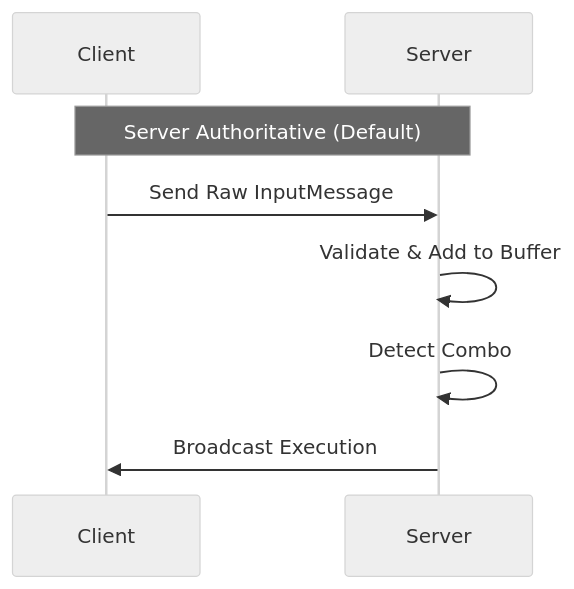
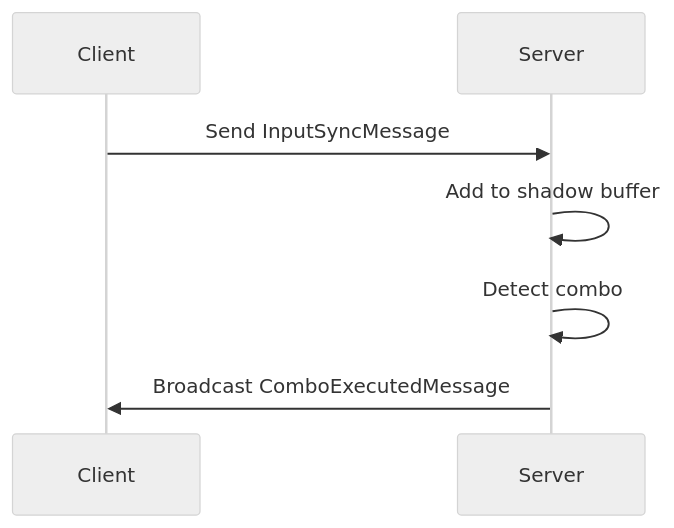
One commit to eraflo/Catalyst changed the fourth of 4 diagrams in Documentation~/Modules/InputSystem.md. Above: the diagram before and after it, drawn with Mermaid (neutral theme). The commit also changed other lines of this file, not shown here.

Commit message:
doc: update input system doc

````diff
--- a/Documentation~/Modules/InputSystem.md
+++ b/Documentation~/Modules/InputSystem.md
@@ -181,11 +294,10 @@
 ```mermaid
 sequenceDiagram
     participant C as Client
     participant S as Server
     
-    Note over C,S: Server Authoritative (Default)
-    C->>S: Send Raw InputMessage
-    S->>S: Validate & Add to Buffer
-    S->>S: Detect Combo
-    S->>C: Broadcast Execution
+    C->>S: Send InputSyncMessage
+    S->>S: Add to shadow buffer
+    S->>S: Detect combo
+    S->>C: Broadcast ComboExecutedMessage
 ```
````
